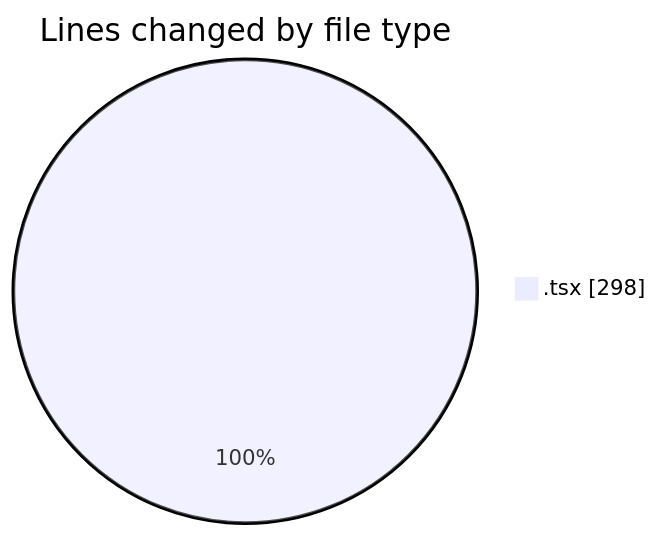
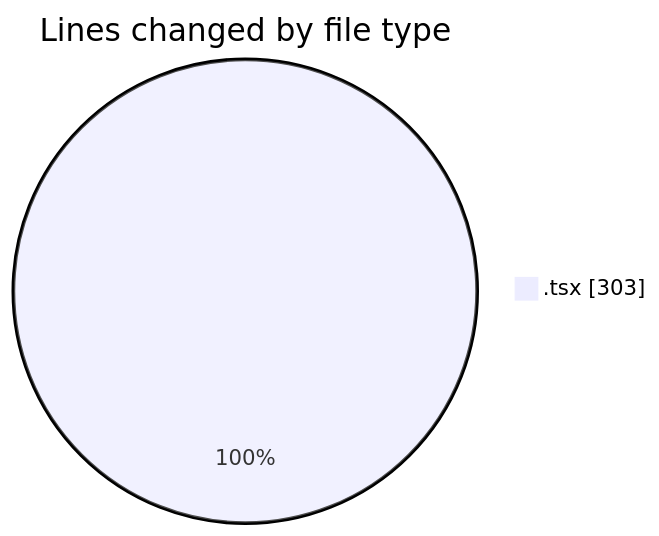
The first of 2 diagrams in 2026-02-05/nxtqube_webapp/README.md (nxtqubesakshisongat/code-tracking), drawn with Mermaid before and after one commit. The commit also changed other lines of this file and 1 other file, not shown here.

````diff
--- a/2026-02-05/nxtqube_webapp/README.md
+++ b/2026-02-05/nxtqube_webapp/README.md
@@ -21,5 +21,5 @@
 ```mermaid
 pie showData
 title Lines changed by file type
-".tsx" : 298
+".tsx" : 303
 ```
````
